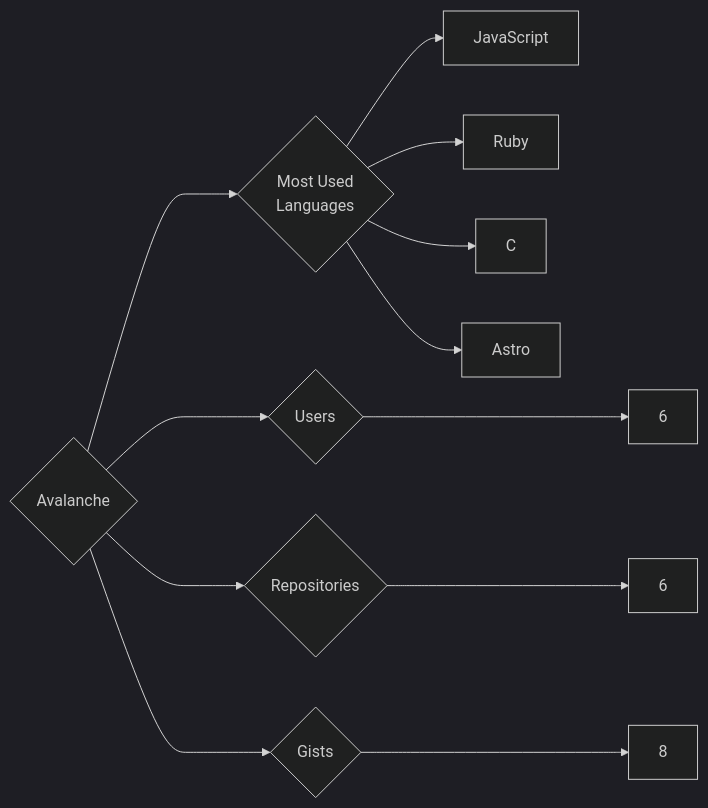
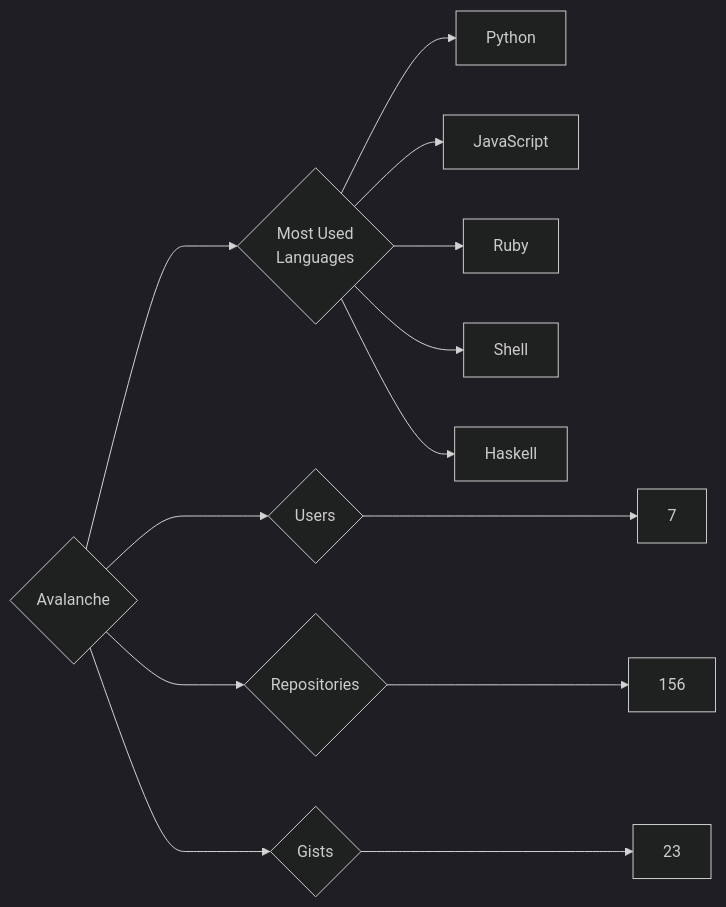
One commit to trickest/insiders changed the diagram in targets/Avalanche/README.md. Above: the diagram before and after it, drawn with Mermaid (dark theme). The commit also changed 1120 other files, not shown here.

````diff
--- a/targets/Avalanche/README.md
+++ b/targets/Avalanche/README.md
@@ -3,12 +3,13 @@
 ```mermaid
 graph LR
 COMPANY_NAME{Avalanche}
-COMPANY_NAME ---> U{Users} ---> UN[6]
-COMPANY_NAME ---> R{Repositories} ---> RN[6]
-COMPANY_NAME ---> G{Gists} ---> GN[8]
+COMPANY_NAME ---> U{Users} ---> UN[7]
+COMPANY_NAME ---> R{Repositories} ---> RN[156]
+COMPANY_NAME ---> G{Gists} ---> GN[23]
 COMPANY_NAME ---> ML{Most Used<br>Languages}
+ML --> Python[Python]
 ML --> JavaScript[JavaScript]
 ML --> Ruby[Ruby]
-ML --> C[C]
-ML --> Astro[Astro]
+ML --> Shell[Shell]
+ML --> Haskell[Haskell]
 ```
````
